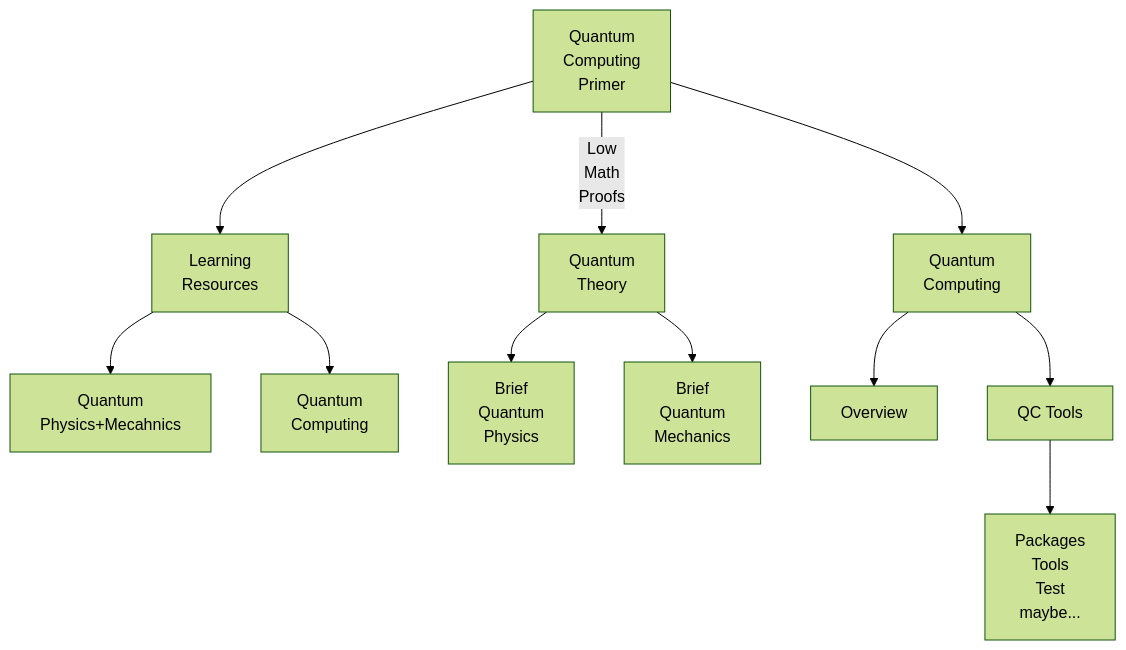
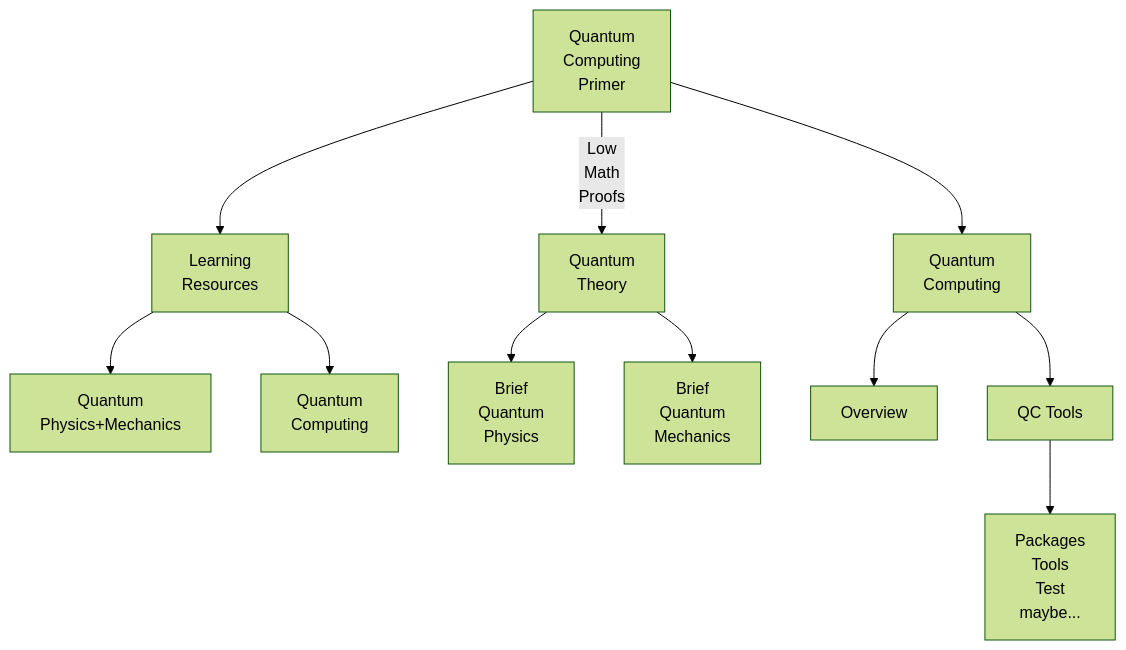
One commit to m0ham3dx/mx-Quantum-Computing-Primer changed the first of 5 diagrams in README.md. Above: the diagram before and after it, drawn with Mermaid (forest theme). The commit also changed other lines of this file, not shown here.

````diff
--- a/README.md
+++ b/README.md
@@ -58,19 +58,19 @@
 ```mermaid
 graph TD
     A[Quantum<br>Computing<br>Primer<br>] --> A1[Learning<br>Resources]
     A --> |Low<br>Math<br>Proofs|A2[Quantum<br>Theory]
     A --> A3[Quantum<br>Computing]
 
     %% A1 Boxes 
-    A1 --> A11[Quantum<br>Physics+Mecahnics]
+    A1 --> A11[Quantum<br>Physics+Mechanics]
     A1 --> A12[Quantum<br>Computing]
 
     %% A2 Boxes 
     A2 --> A21[Brief<br>Quantum<br>Physics]
     A2 --> A22[Brief<br>Quantum<br>Mechanics]
 
     %% A3 Boxes 
     A3[Quantum<br>Computing] --> A31[Overview]
     A3 --> A32[QC Tools]
     A32 --> A321[Packages<br>Tools<br>Test<br> maybe...]
 ```
````
